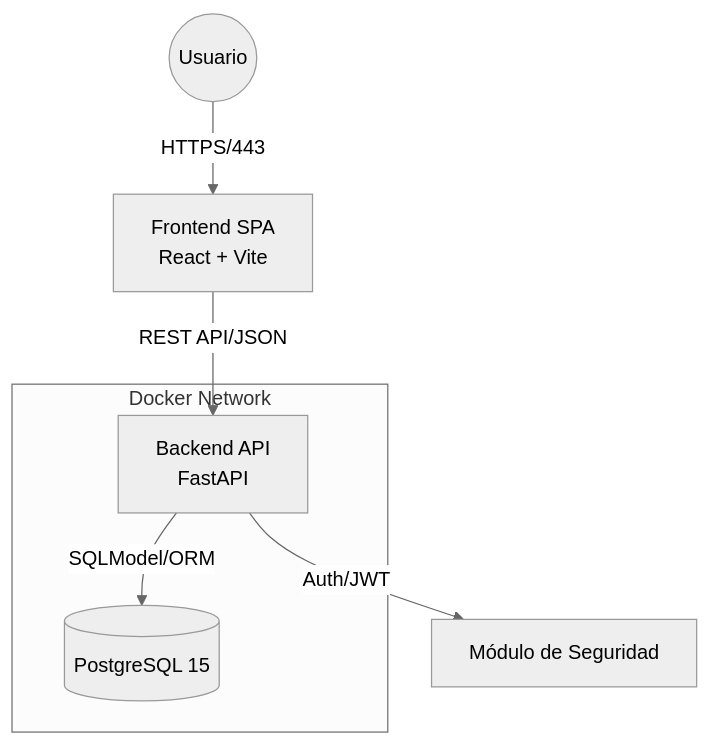
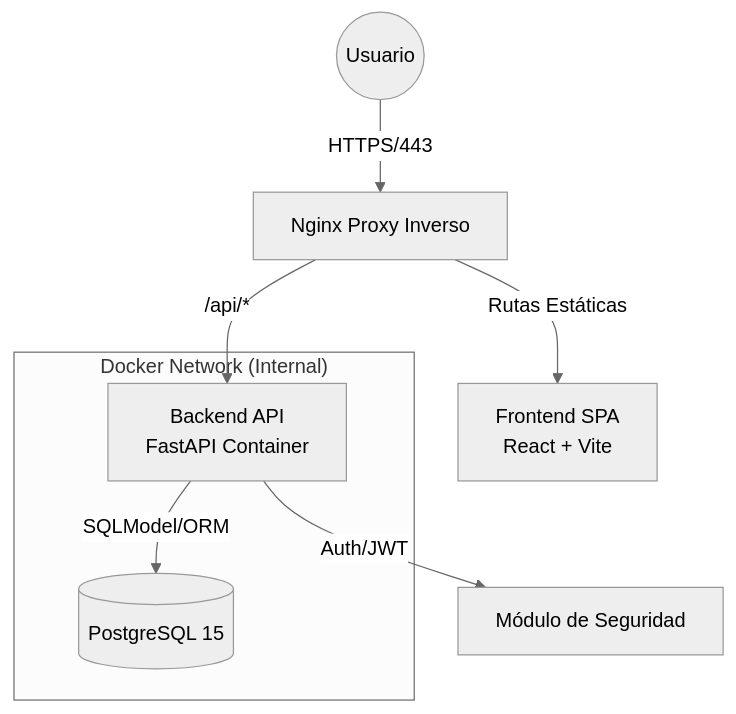
One commit to salvaalejos/ceitm-web changed the diagram in README.md. Above: the diagram before and after it, drawn with Mermaid (neutral theme). The commit also changed other lines of this file and 31 other files, not shown here.

````diff
--- a/README.md
+++ b/README.md
@@ -42,13 +42,14 @@
 ```mermaid
 graph TD
-    User((Usuario)) -->|HTTPS/443| FE[Frontend SPA<br/>React + Vite]
-    FE -->|REST API/JSON| API[Backend API<br/>FastAPI]
-    API -->|SQLModel/ORM| DB[(PostgreSQL 15)]
+    User((Usuario)) -->|HTTPS/443| NGINX[Nginx Proxy Inverso]
+    
+    NGINX -->|Rutas Estáticas| FE[Frontend SPA<br/>React + Vite]
+    NGINX -->|/api/*| API[Backend API<br/>FastAPI Container]
+    
+    subgraph "Docker Network (Internal)"
+        API -->|SQLModel/ORM| DB[(PostgreSQL 15)]
+    end
+    
     API -->|Auth/JWT| Security[Módulo de Seguridad]
-    
-    subgraph "Docker Network"
-    API
-    DB
-    end
 
 ```
````
